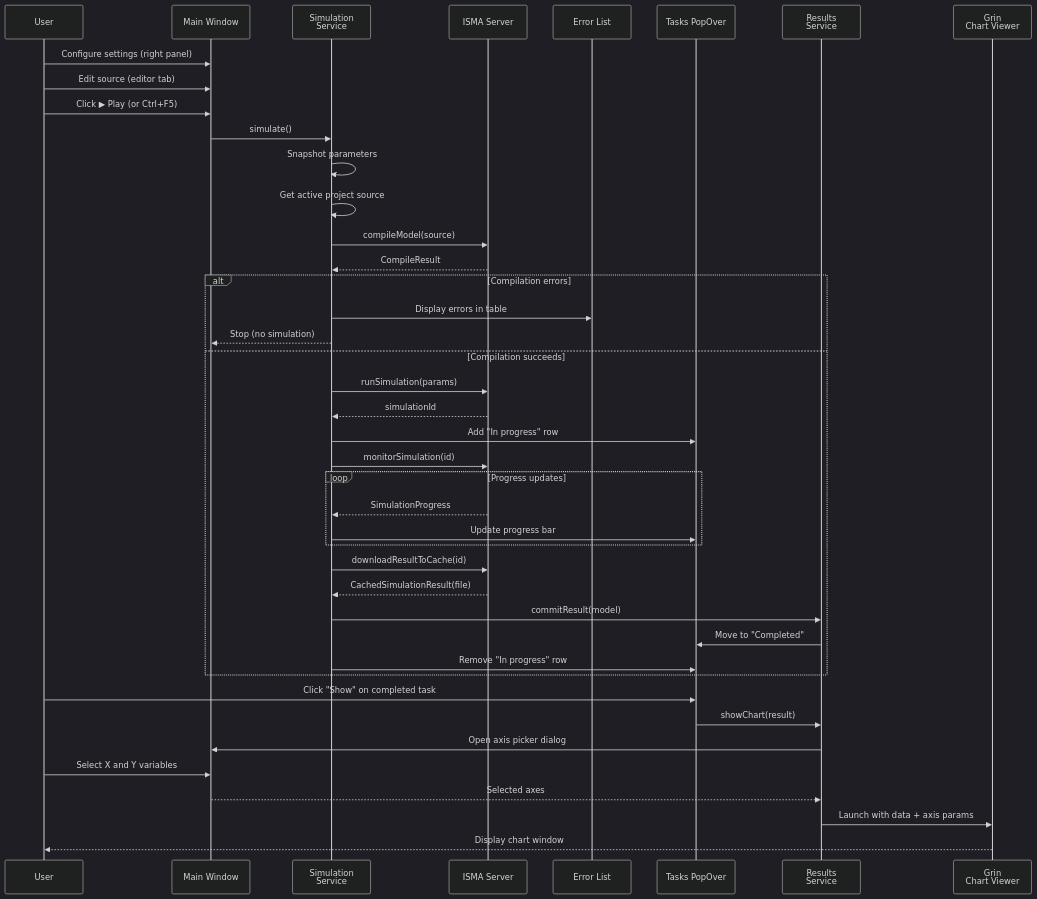
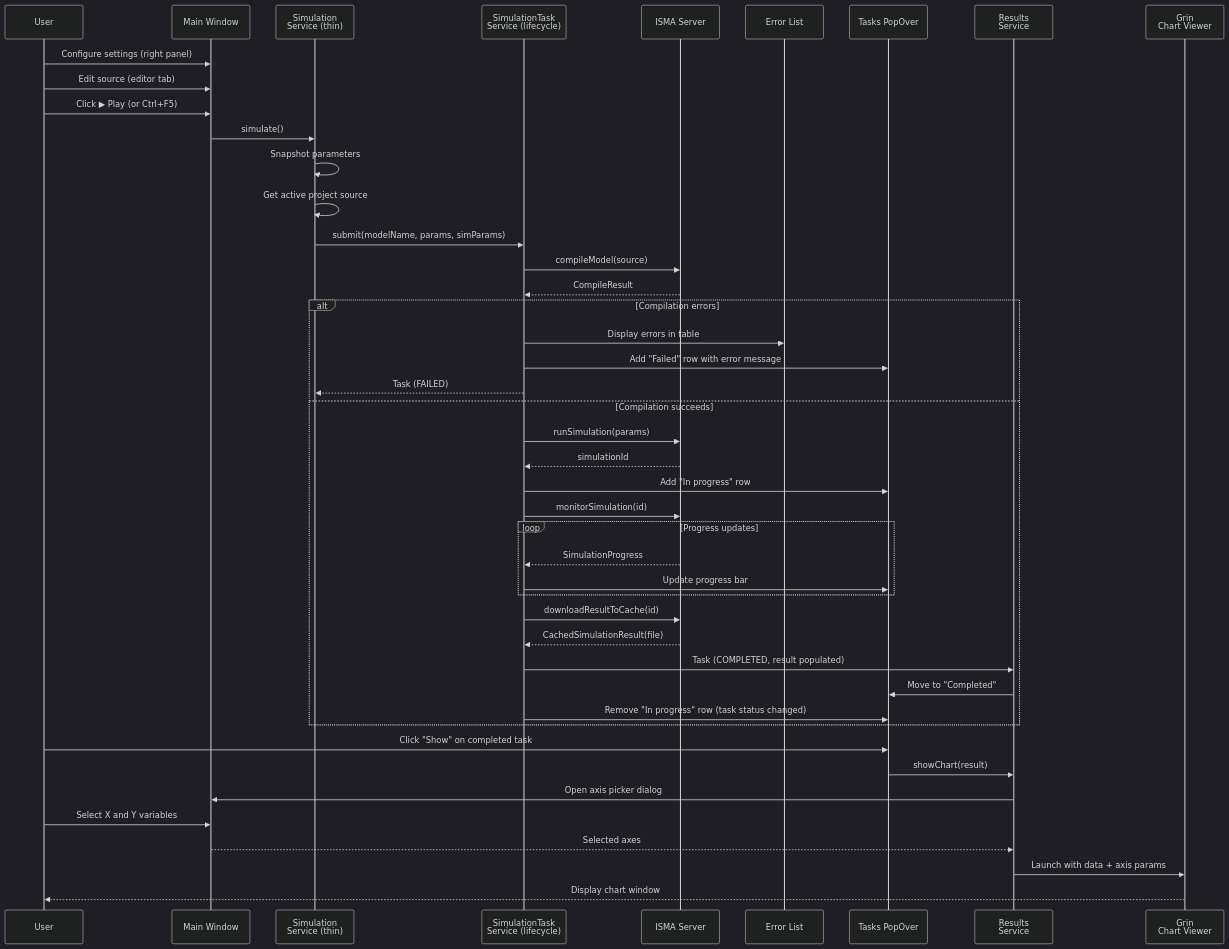
One commit to SmallBossGames/isma changed the first of 3 diagrams in docs/isma-ui/06-ux-reference.md. Above: the diagram before and after it, drawn with Mermaid (dark theme). The commit also changed other lines of this file and 11 other files, not shown here.

````diff
--- a/docs/isma-ui/06-ux-reference.md
+++ b/docs/isma-ui/06-ux-reference.md
@@ -563,54 +557,57 @@
 ```mermaid
 sequenceDiagram
     participant User
     participant UI as Main Window
-    participant SimSvc as Simulation<br/>Service
+    participant SimSvc as Simulation<br/>Service (thin)
+    participant TaskSvc as SimulationTask<br/>Service (lifecycle)
     participant Server as ISMA Server
     participant Errors as Error List
     participant Tasks as Tasks PopOver
     participant Result as Results<br/>Service
     participant Grin as Grin<br/>Chart Viewer
 
     User->>UI: Configure settings (right panel)
     User->>UI: Edit source (editor tab)
     User->>UI: Click ▶ Play (or Ctrl+F5)
     UI->>SimSvc: simulate()
 
     SimSvc->>SimSvc: Snapshot parameters
     SimSvc->>SimSvc: Get active project source
+    SimSvc->>TaskSvc: submit(modelName, params, simParams)
 
-    SimSvc->>Server: compileModel(source)
-    Server-->>SimSvc: CompileResult
+    TaskSvc->>Server: compileModel(source)
+    Server-->>TaskSvc: CompileResult
 
     alt Compilation errors
-        SimSvc->>Errors: Display errors in table
-        SimSvc-->>UI: Stop (no simulation)
+        TaskSvc->>Errors: Display errors in table
+        TaskSvc->>Tasks: Add "Failed" row with error message
+        TaskSvc-->>SimSvc: Task (FAILED)
     else Compilation succeeds
-        SimSvc->>Server: runSimulation(params)
-        Server-->>SimSvc: simulationId
+        TaskSvc->>Server: runSimulation(params)
+        Server-->>TaskSvc: simulationId
 
-        SimSvc->>Tasks: Add "In progress" row
-        SimSvc->>Server: monitorSimulation(id)
+        TaskSvc->>Tasks: Add "In progress" row
+        TaskSvc->>Server: monitorSimulation(id)
 
         loop Progress updates
-            Server-->>SimSvc: SimulationProgress
-            SimSvc->>Tasks: Update progress bar
+            Server-->>TaskSvc: SimulationProgress
+            TaskSvc->>Tasks: Update progress bar
         end
 
-        SimSvc->>Server: downloadResultToCache(id)
-        Server-->>SimSvc: CachedSimulationResult(file)
+        TaskSvc->>Server: downloadResultToCache(id)
+        Server-->>TaskSvc: CachedSimulationResult(file)
 
-        SimSvc->>Result: commitResult(model)
+        TaskSvc->>Result: Task (COMPLETED, result populated)
         Result->>Tasks: Move to "Completed"
 
-        SimSvc->>Tasks: Remove "In progress" row
+        TaskSvc->>Tasks: Remove "In progress" row (task status changed)
     end
 
     User->>Tasks: Click "Show" on completed task
     Tasks->>Result: showChart(result)
     Result->>UI: Open axis picker dialog
     User->>UI: Select X and Y variables
     UI-->>Result: Selected axes
     Result->>Grin: Launch with data + axis params
     Grin-->>User: Display chart window
 ```
````
